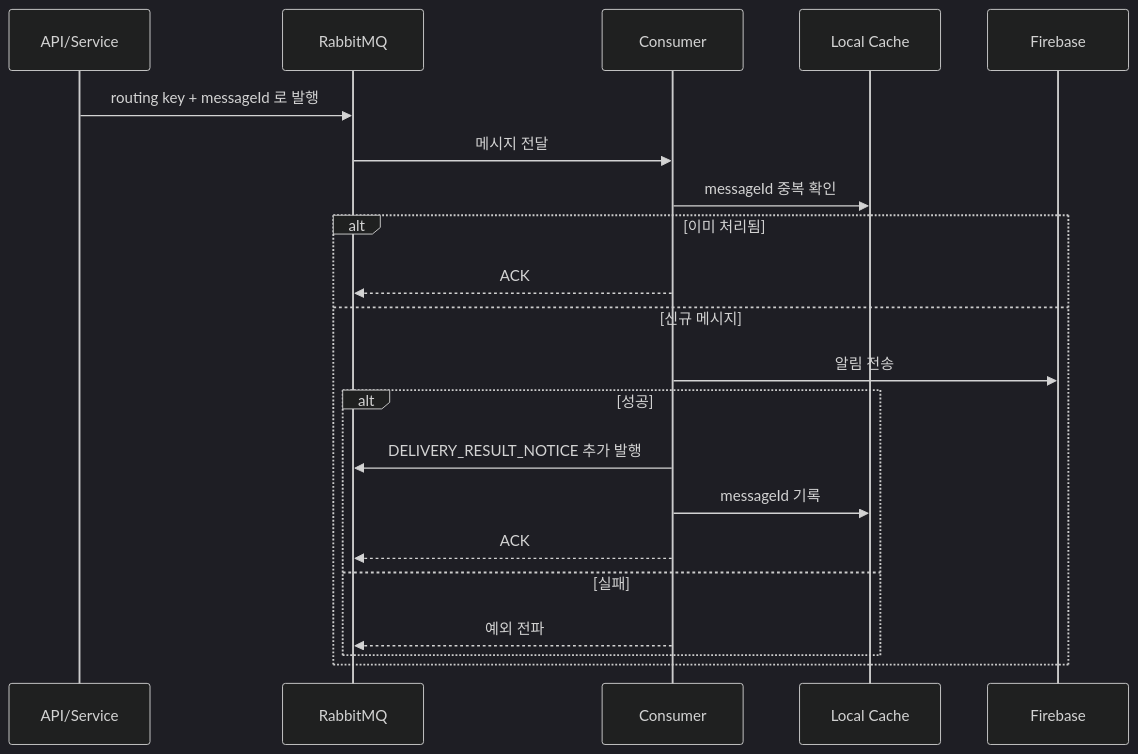
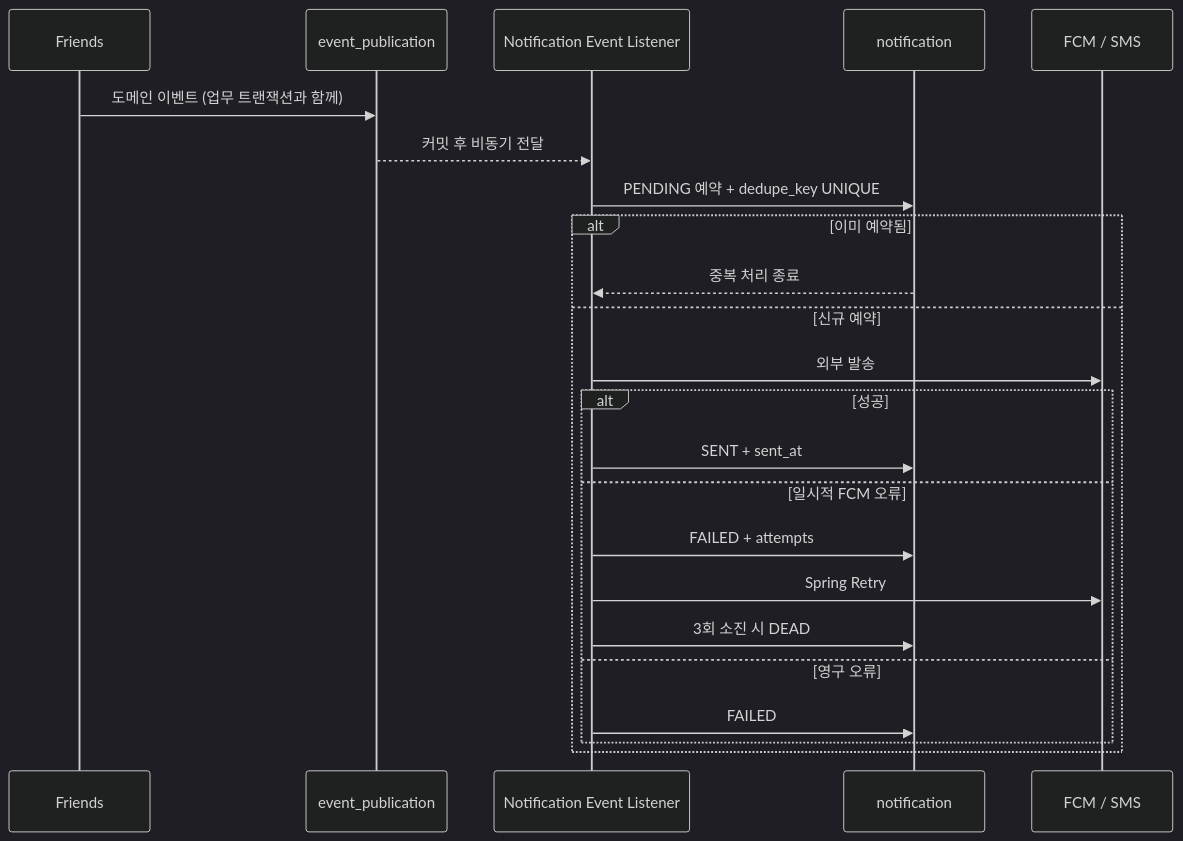
One commit to ImHereOfRati/server changed the diagram in docs/flows/notification-pipeline.md. Above: the diagram before and after it, drawn with Mermaid (dark theme). The commit also changed other lines of this file and 161 other files, not shown here.

````diff
--- a/docs/flows/notification-pipeline.md
+++ b/docs/flows/notification-pipeline.md
@@ -19,24 +17,26 @@
 ```mermaid
 sequenceDiagram
-    participant API as API/Service
-    participant MQ as RabbitMQ
-    participant Consumer
-    participant Cache as Local Cache
-    participant FCM as Firebase
+    participant Friends
+    participant Registry as event_publication
+    participant Listener as Notification Event Listener
+    participant DB as notification
+    participant Channel as FCM / SMS
 
-    API->>MQ: routing key + messageId 로 발행
-    MQ->>Consumer: 메시지 전달
-    Consumer->>Cache: messageId 중복 확인
-    alt 이미 처리됨
-        Consumer-->>MQ: ACK
-    else 신규 메시지
-        Consumer->>FCM: 알림 전송
+    Friends->>Registry: 도메인 이벤트 (업무 트랜잭션과 함께)
+    Registry-->>Listener: 커밋 후 비동기 전달
+    Listener->>DB: PENDING 예약 + dedupe_key UNIQUE
+    alt 이미 예약됨
+        DB-->>Listener: 중복 처리 종료
+    else 신규 예약
+        Listener->>Channel: 외부 발송
         alt 성공
-            Consumer->>MQ: DELIVERY_RESULT_NOTICE 추가 발행
-            Consumer->>Cache: messageId 기록
-            Consumer-->>MQ: ACK
-        else 실패
-            Consumer-->>MQ: 예외 전파
+            Listener->>DB: SENT + sent_at
+        else 일시적 FCM 오류
+            Listener->>DB: FAILED + attempts
+            Listener->>Channel: Spring Retry
+            Listener->>DB: 3회 소진 시 DEAD
+        else 영구 오류
+            Listener->>DB: FAILED
         end
     end
 ```
````
